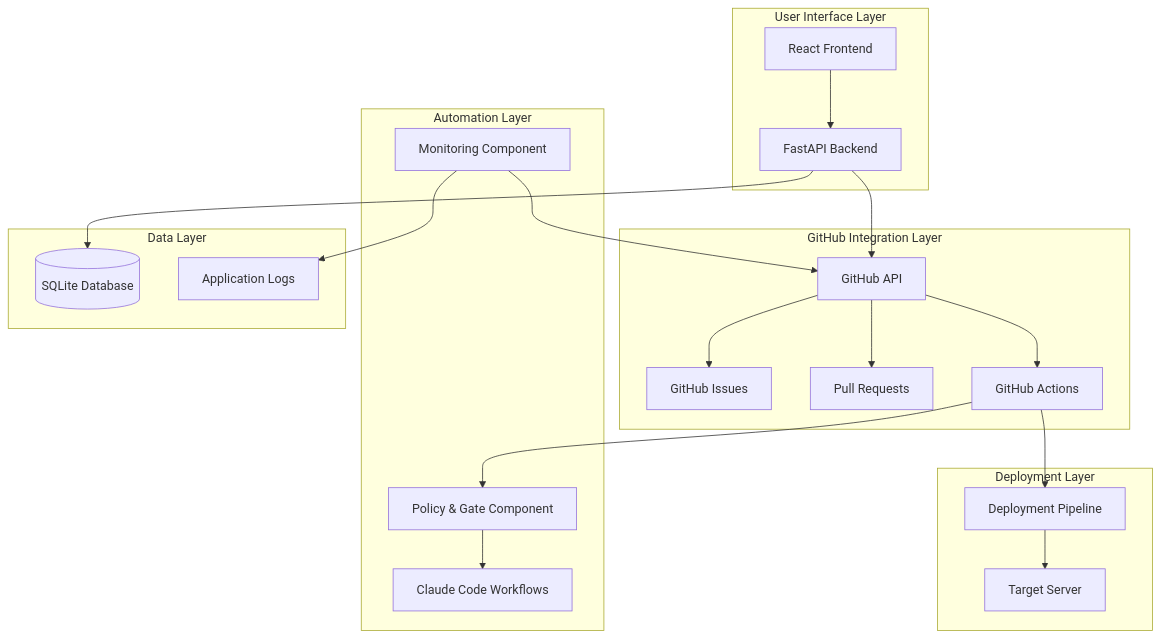
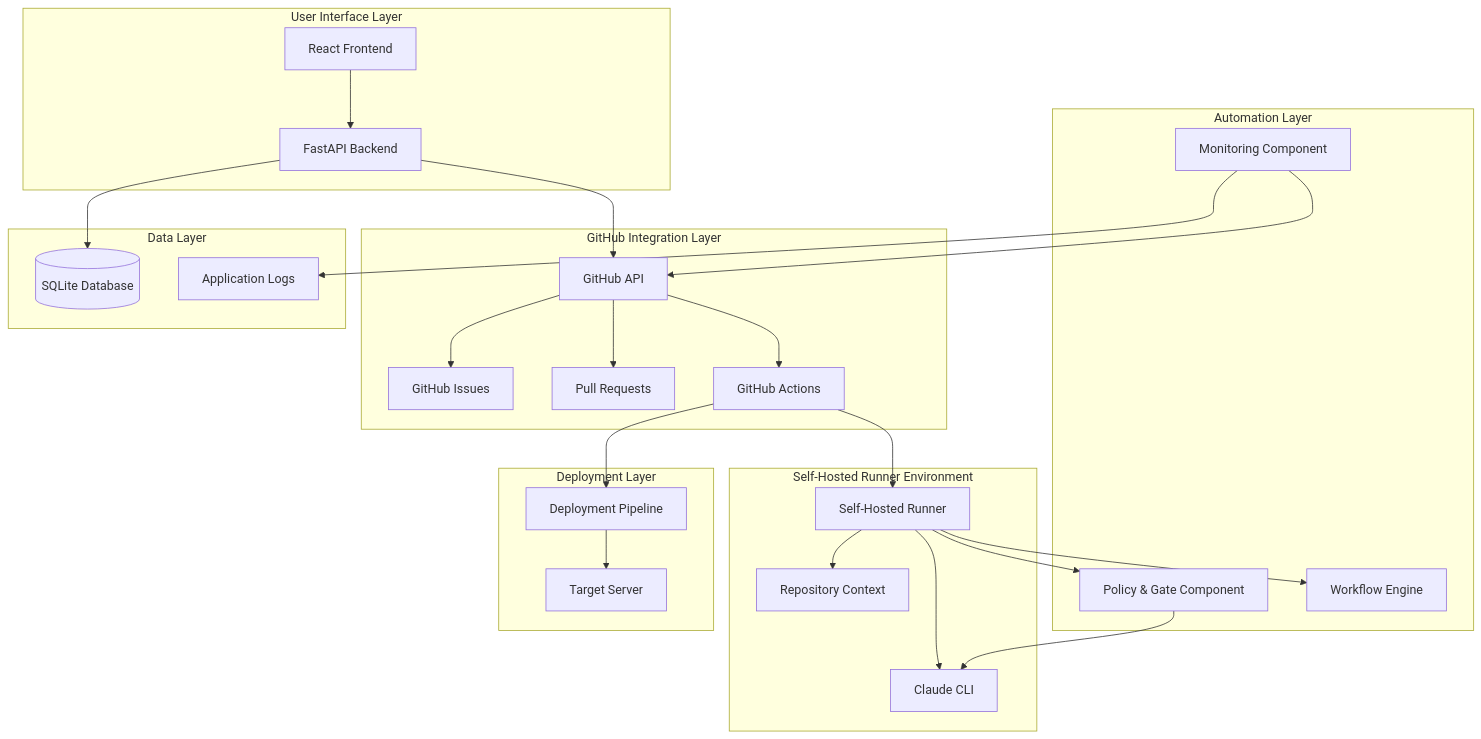
The first of 4 diagrams in .kiro/specs/self-evolving-app/design.md (jungmats/self-evolving-app), drawn with Mermaid before and after one commit. The commit also changed other lines of this file and 17 other files, not shown here.

Commit message:
move from API to Claude Code CLI

````diff
--- a/.kiro/specs/self-evolving-app/design.md
+++ b/.kiro/specs/self-evolving-app/design.md
@@ -20,44 +20,54 @@
 ```mermaid
 graph TB
     subgraph "User Interface Layer"
         UI[React Frontend]
         API[FastAPI Backend]
     end
     
     subgraph "GitHub Integration Layer"
         GH[GitHub API]
         Issues[GitHub Issues]
         PRs[Pull Requests]
         Actions[GitHub Actions]
     end
     
+    subgraph "Self-Hosted Runner Environment"
+        Runner[Self-Hosted Runner]
+        ClaudeCLI[Claude CLI]
+        RepoContext[Repository Context]
+    end
+    
     subgraph "Automation Layer"
         Monitor[Monitoring Component]
         Policy[Policy & Gate Component]
-        Claude[Claude Code Workflows]
+        WorkflowEngine[Workflow Engine]
     end
     
     subgraph "Deployment Layer"
         Deploy[Deployment Pipeline]
         Server[Target Server]
     end
     
     subgraph "Data Layer"
         DB[(SQLite Database)]
         Logs[Application Logs]
     end
     
     UI --> API
     API --> GH
     API --> DB
     Monitor --> Logs
     Monitor --> GH
-    Actions --> Policy
-    Policy --> Claude
+    Actions --> Runner
+    Runner --> ClaudeCLI
+    Runner --> RepoContext
+    Runner --> Policy
+    Runner --> WorkflowEngine
+    Policy --> ClaudeCLI
     Actions --> Deploy
     Deploy --> Server
     
     GH --> Issues
     GH --> PRs
     GH --> Actions
 ```
````
